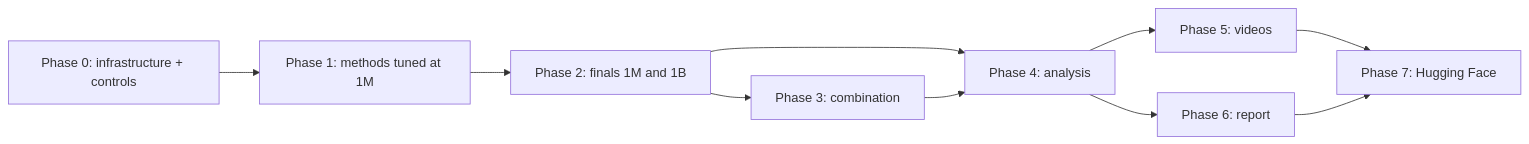
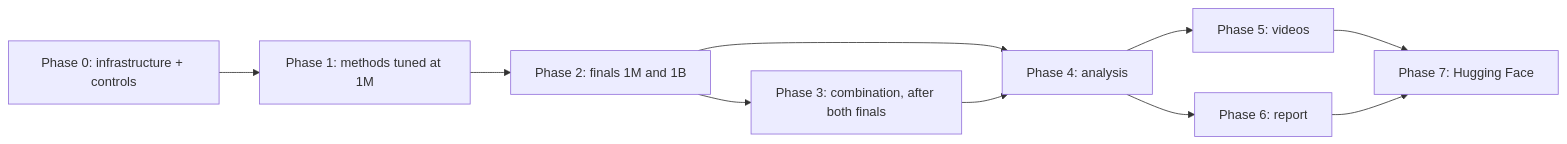
The diagram in plans/2026-10-20-craftax-project/2026-10-20-craftax-project.md (Pawlo77/rl-craftmax), drawn with Mermaid before and after one commit. The commit also changed other lines of this file and 27 other files, not shown here.

````diff
--- a/plans/2026-10-20-craftax-project/2026-10-20-craftax-project.md
+++ b/plans/2026-10-20-craftax-project/2026-10-20-craftax-project.md
@@ -104,12 +120,12 @@
 ```mermaid
 flowchart LR
   P0["Phase 0: infrastructure + controls"] --> P1["Phase 1: methods tuned at 1M"]
   P1 --> P2["Phase 2: finals 1M and 1B"]
-  P2 --> P3["Phase 3: combination"]
+  P2 --> P3["Phase 3: combination, after both finals"]
   P2 --> P4["Phase 4: analysis"]
   P3 --> P4
   P4 --> P5["Phase 5: videos"]
   P4 --> P6["Phase 6: report"]
   P5 --> P7["Phase 7: Hugging Face"]
   P6 --> P7
 ```
````
